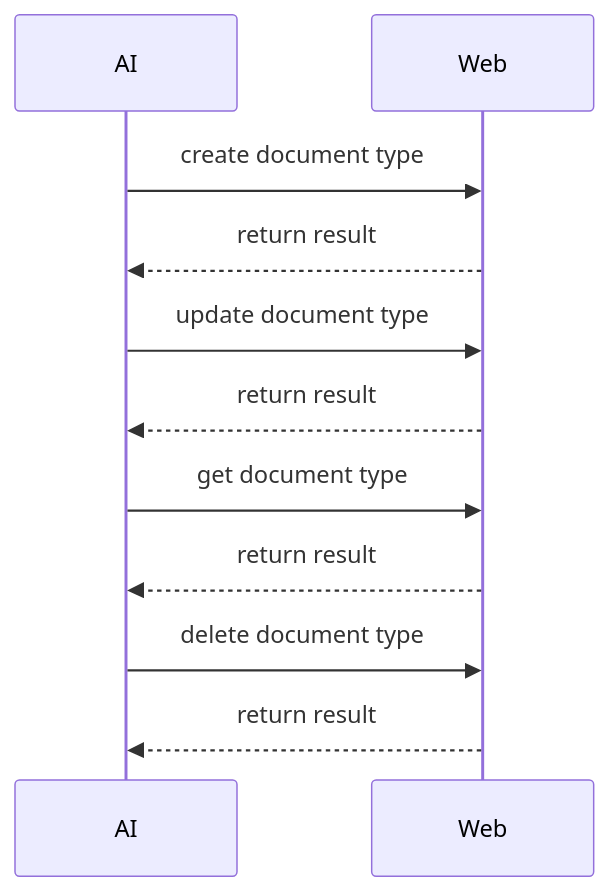
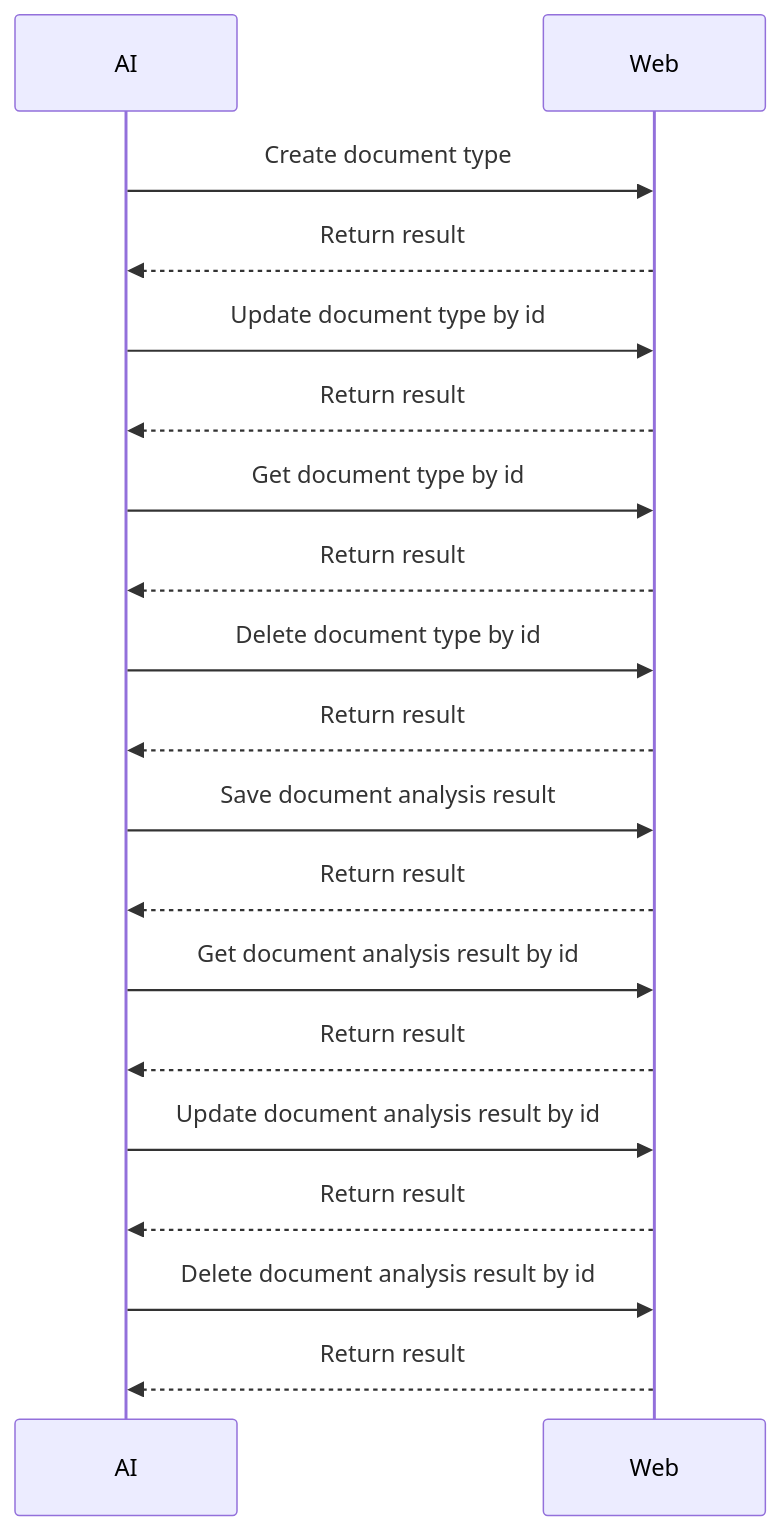
Before and after one commit to tofuai/idoc: the second of 2 diagrams in README.md, drawn with Mermaid. The commit also changed other lines of this file, not shown here.

Commit message:
update document

````diff
--- a/README.md
+++ b/README.md
@@ -72,11 +75,19 @@
 ```mermaid
 sequenceDiagram
-AI ->> Web: create document type
-Web -->> AI: return result
-AI ->> Web: update document type
-Web -->> AI: return result
-AI ->> Web: get document type
-Web -->> AI: return result
-AI ->> Web: delete document type
-Web -->> AI: return result
+AI ->> Web: Create document type
+Web -->> AI: Return result
+AI ->> Web: Update document type by id
+Web -->> AI: Return result
+AI ->> Web: Get document type by id
+Web -->> AI: Return result
+AI ->> Web: Delete document type by id
+Web -->> AI: Return result
+AI ->> Web: Save document analysis result
+Web -->> AI: Return result
+AI ->> Web: Get document analysis result by id
+Web -->> AI: Return result
+AI ->> Web: Update document analysis result by id
+Web -->> AI: Return result
+AI ->> Web: Delete document analysis result by id
+Web -->> AI: Return result
 ```
````
